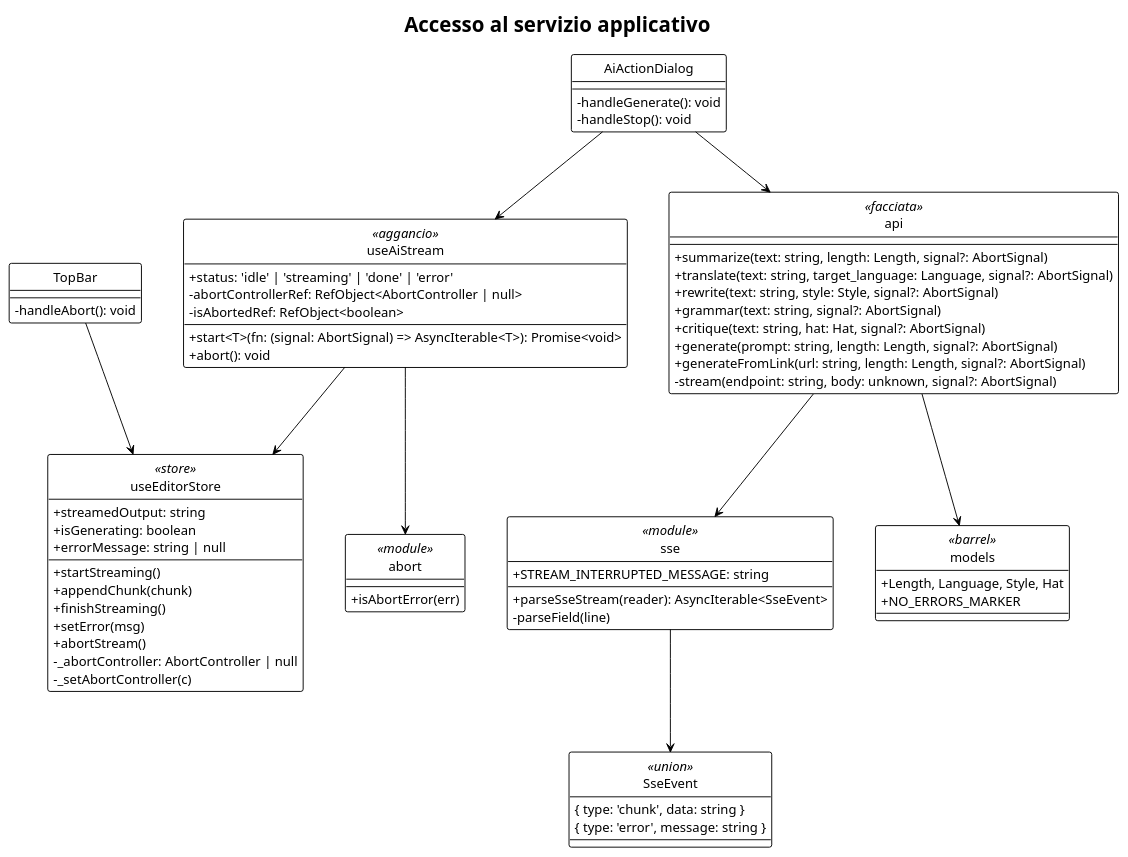
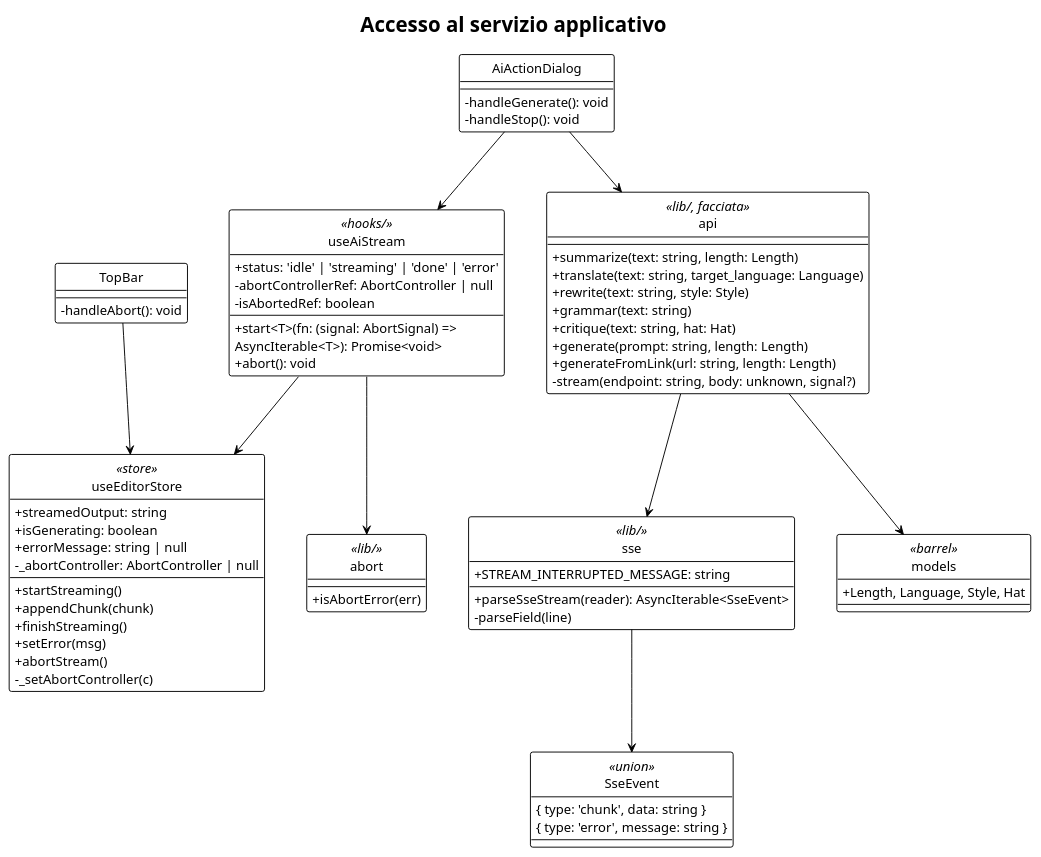
Before and after one commit to thebitless-group-swe/thebitless.github.io: the diagram in PB/doc_esterna/specifica_tecnica/assets/plantuml/UML3.3.5.puml, drawn with PlantUML. The commit also changed 35 other files, not shown here.

Commit message:
fix(ST):sistema diagrammi UML del capitolo 3.3, elimina i duplicati

```diff
--- a/PB/doc_esterna/specifica_tecnica/assets/plantuml/UML3.3.5.puml
+++ b/PB/doc_esterna/specifica_tecnica/assets/plantuml/UML3.3.5.puml
@@ -1,90 +1,93 @@
 @startuml
 !theme plain
 hide circle
 skinparam classAttributeIconSize 0
 skinparam shadowing false
 skinparam defaultFontSize 14
 skinparam nodesep 45
 skinparam ranksep 65
 
 title Accesso al servizio applicativo
 
 top to bottom direction
 
+' Ogni funzione della facciata riceve, oltre ai parametri di dominio,
+' un ultimo parametro signal?: AbortSignal, qui omesso per non ripeterlo
+' sette volte. La sequenza completa di un'interazione e' nella sezione 4.1.
+
 class AiActionDialog {
   - handleGenerate(): void
   - handleStop(): void
 }
 
 class TopBar {
   - handleAbort(): void
 }
 
-class useAiStream <<aggancio>> {
-  + start<T>(fn: (signal: AbortSignal) => AsyncIterable<T>): Promise<void>
+class useAiStream <<hooks/>> {
+  + start<T>(fn: (signal: AbortSignal) =>\nAsyncIterable<T>): Promise<void>
   + abort(): void
   + status: 'idle' | 'streaming' | 'done' | 'error'
-  - abortControllerRef: RefObject<AbortController | null>
-  - isAbortedRef: RefObject<boolean>
+  - abortControllerRef: AbortController | null
+  - isAbortedRef: boolean
 }
 
 class useEditorStore <<store>> {
   + streamedOutput: string
   + isGenerating: boolean
   + errorMessage: string | null
+  - _abortController: AbortController | null
   __
   + startStreaming()
   + appendChunk(chunk)
   + finishStreaming()
   + setError(msg)
   + abortStream()
-  - _abortController: AbortController | null
   - _setAbortController(c)
 }
 
-class api <<facciata>> {
-  + summarize(text: string, length: Length, signal?: AbortSignal)
-  + translate(text: string, target_language: Language, signal?: AbortSignal)
-  + rewrite(text: string, style: Style, signal?: AbortSignal)
-  + grammar(text: string, signal?: AbortSignal)
-  + critique(text: string, hat: Hat, signal?: AbortSignal)
-  + generate(prompt: string, length: Length, signal?: AbortSignal)
-  + generateFromLink(url: string, length: Length, signal?: AbortSignal)
-  - stream(endpoint: string, body: unknown, signal?: AbortSignal)
+class api <<lib/, facciata>> {
+  + summarize(text: string, length: Length)
+  + translate(text: string, target_language: Language)
+  + rewrite(text: string, style: Style)
+  + grammar(text: string)
+  + critique(text: string, hat: Hat)
+  + generate(prompt: string, length: Length)
+  + generateFromLink(url: string, length: Length)
+  - stream(endpoint: string, body: unknown, signal?)
 }
 
-class sse <<module>> {
+class sse <<lib/>> {
   + parseSseStream(reader): AsyncIterable<SseEvent>
   + STREAM_INTERRUPTED_MESSAGE: string
   - parseField(line)
 }
 
 class SseEvent <<union>> {
   { type: 'chunk', data: string }
   { type: 'error', message: string }
 }
 
 class models <<barrel>> {
   + Length, Language, Style, Hat
-  + NO_ERRORS_MARKER
 }
 
-class abort <<module>> {
+class abort <<lib/>> {
   + isAbortError(err)
 }
 
 AiActionDialog --> useAiStream
 AiActionDialog --> api
 TopBar --> useEditorStore
 useAiStream --> useEditorStore
 useAiStream --> abort
 api --> sse
 api --> models
 sse --> SseEvent
 
 ' vincoli di impaginazione
 useAiStream -[hidden]right- api
 useEditorStore -[hidden]right- sse
 sse -[hidden]right- models
 
 @enduml
```
